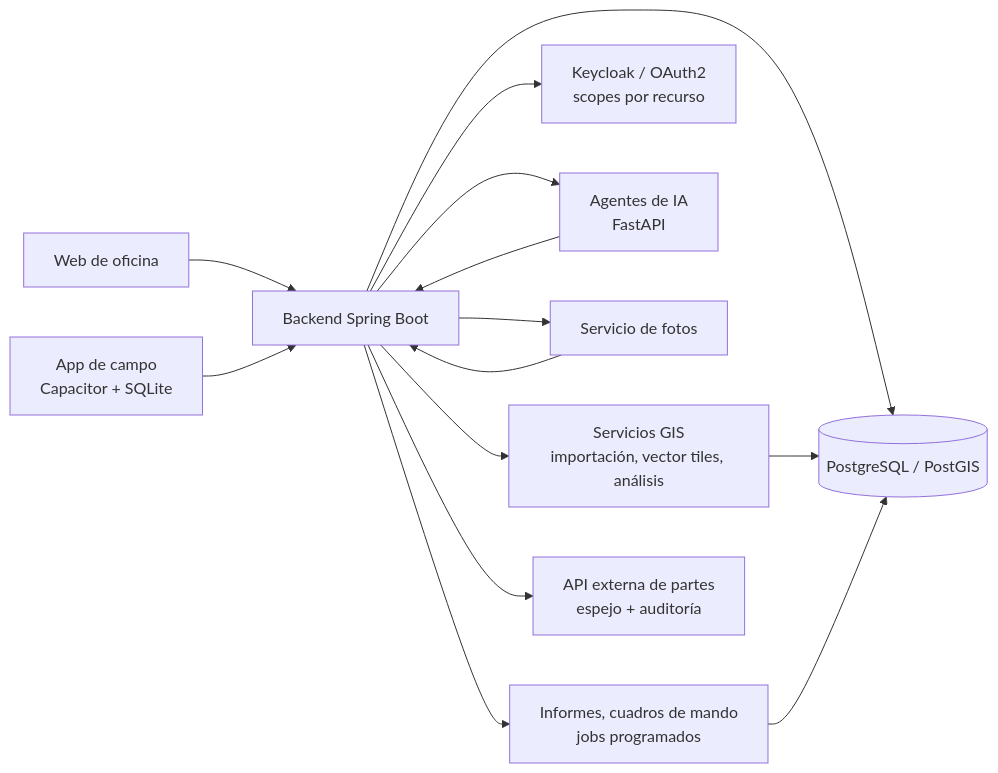
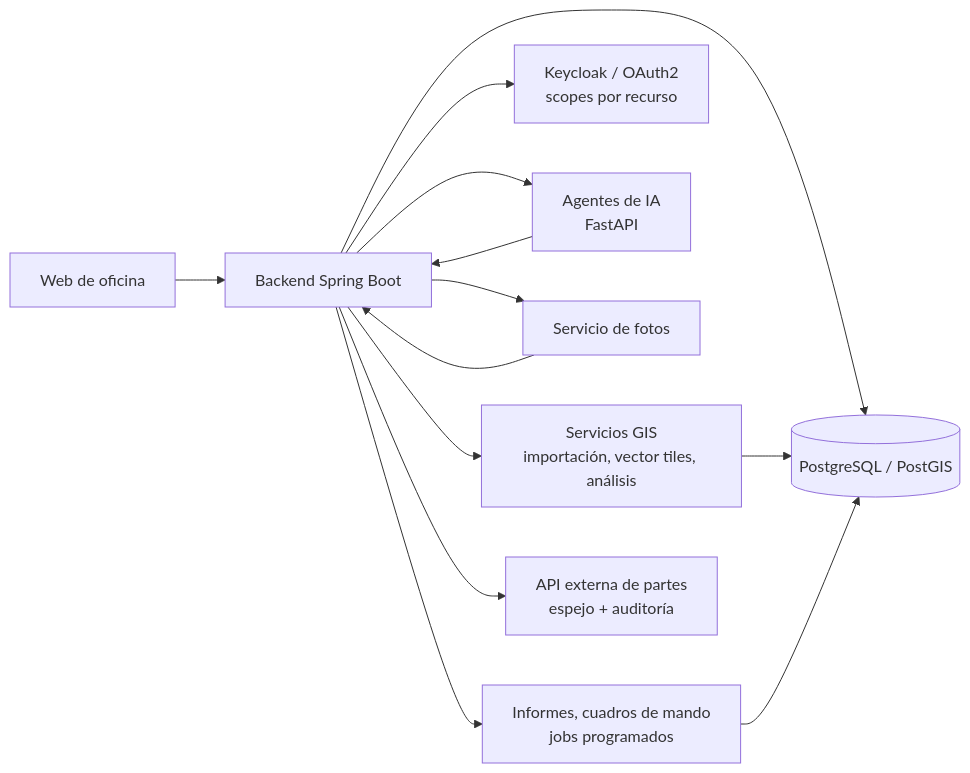
One commit to rabiiie/rsamadi-portfolio changed the first of 5 diagrams in diagrams/appfibra-platform.md. Above: the diagram before and after it, drawn with Mermaid. The commit also changed 2 other files, not shown here.

Commit message:
appfibra: la app de campo sale de los diagramas, del stack y de las decisiones

````diff
--- a/diagrams/appfibra-platform.md
+++ b/diagrams/appfibra-platform.md
@@ -7,17 +7,16 @@
 ```mermaid
 flowchart LR
     Web["Web de oficina"] --> API["Backend Spring Boot"]
-    Mobile["App de campo<br/>Capacitor + SQLite"] --> API
     API --> DB[("PostgreSQL / PostGIS")]
     API --> GIS["Servicios GIS<br/>importación, vector tiles, análisis"]
     API --> IAM["Keycloak / OAuth2<br/>scopes por recurso"]
     API --> Agents["Agentes de IA<br/>FastAPI"]
     API --> Photos["Servicio de fotos"]
     API --> BI["Informes, cuadros de mando<br/>jobs programados"]
     API --> Ext["API externa de partes<br/>espejo + auditoría"]
 
     GIS --> DB
     BI --> DB
     Agents --> API
     Photos --> API
 ```
````
